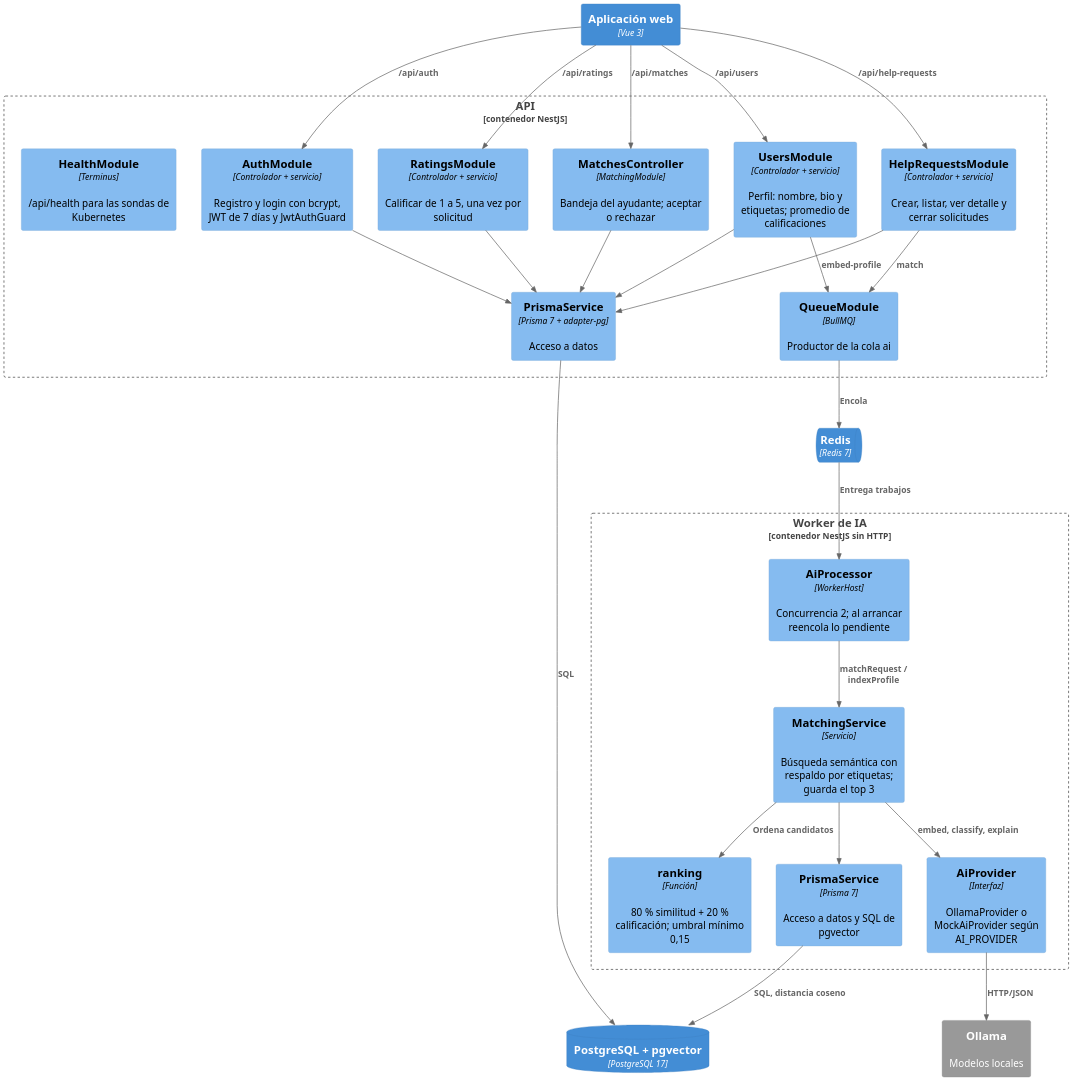
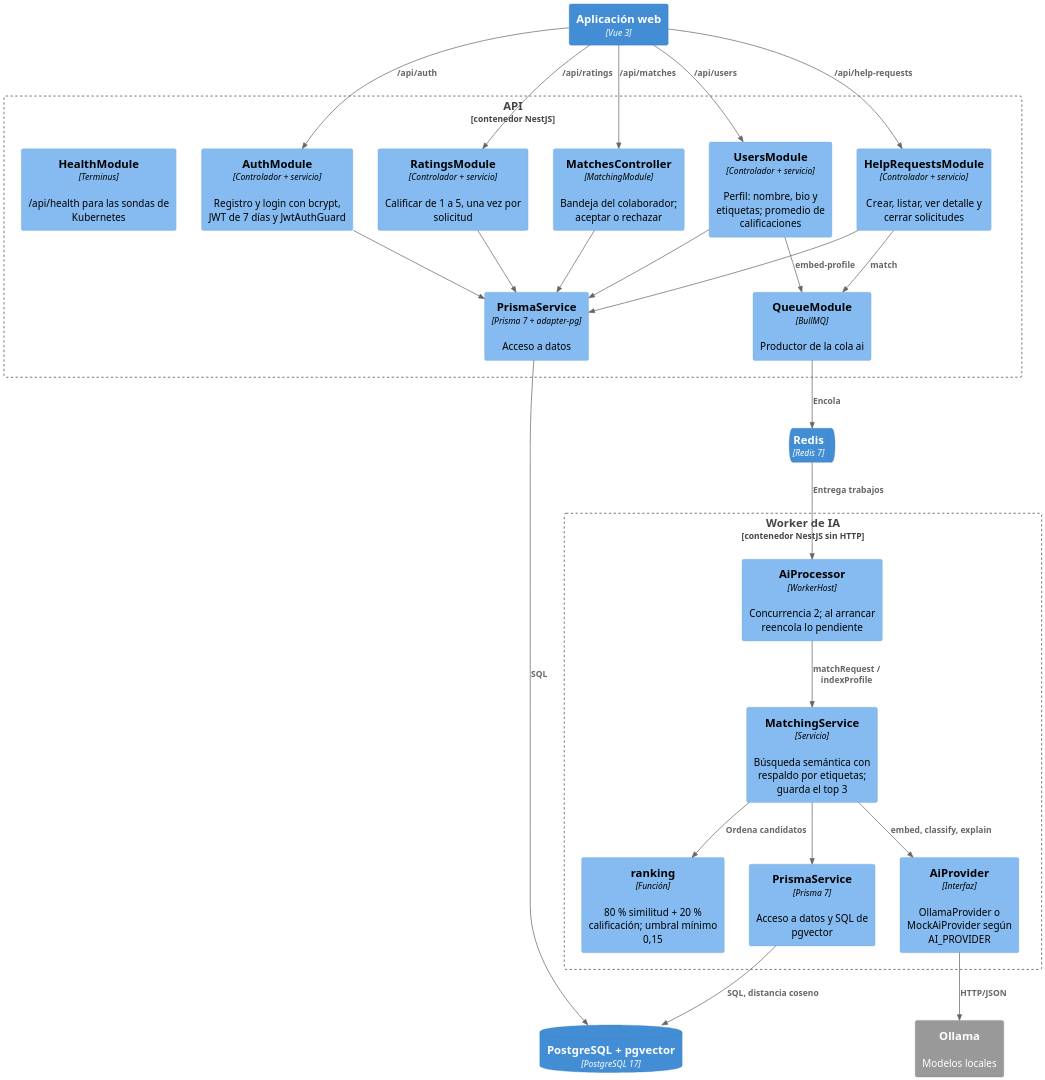
Before and after one commit to juanjosegl/RedNexus-Platform: the diagram in docs/arquitectura/diagramas/03-c4-componentes.puml, drawn with PlantUML. The commit also changed 15 other files, not shown here.

First line of the commit message:
docs(arquitectura): términos solicitante y colaborador en diagramas

```diff
--- a/docs/arquitectura/diagramas/03-c4-componentes.puml
+++ b/docs/arquitectura/diagramas/03-c4-componentes.puml
@@ -1,63 +1,63 @@
 @startuml 03-c4-componentes
 ' C4 nivel 3: módulos de NestJS de la API y del worker (RedNexus-Backend/src/modules)
 !include <C4/C4_Component>
 skinparam dpi 200
 skinparam defaultFontName "Helvetica"
 HIDE_STEREOTYPE()
 skinparam LegendFontColor #222222
 skinparam LegendBackgroundColor #ffffff
 skinparam LegendBorderColor #999999
 
 Container(web, "Aplicación web", "Vue 3")
 
 Boundary(apic, "API", "contenedor NestJS") {
   Component(auth, "AuthModule", "Controlador + servicio", "Registro y login con bcrypt, JWT de 7 días y JwtAuthGuard")
   Component(users, "UsersModule", "Controlador + servicio", "Perfil: nombre, bio y etiquetas; promedio de calificaciones")
   Component(hr, "HelpRequestsModule", "Controlador + servicio", "Crear, listar, ver detalle y cerrar solicitudes")
-  Component(matches, "MatchesController", "MatchingModule", "Bandeja del ayudante; aceptar o rechazar")
+  Component(matches, "MatchesController", "MatchingModule", "Bandeja del colaborador; aceptar o rechazar")
   Component(ratings, "RatingsModule", "Controlador + servicio", "Calificar de 1 a 5, una vez por solicitud")
   Component(health, "HealthModule", "Terminus", "/api/health para las sondas de Kubernetes")
   Component(producer, "QueueModule", "BullMQ", "Productor de la cola ai")
   Component(prisma1, "PrismaService", "Prisma 7 + adapter-pg", "Acceso a datos")
 }
 
 Boundary(workc, "Worker de IA", "contenedor NestJS sin HTTP") {
   Component(proc, "AiProcessor", "WorkerHost", "Concurrencia 2; al arrancar reencola lo pendiente")
   Component(msvc, "MatchingService", "Servicio", "Búsqueda semántica con respaldo por etiquetas; guarda el top 3")
   Component(rank, "ranking", "Función", "80 % similitud + 20 % calificación; umbral mínimo 0,15")
   Component(prov, "AiProvider", "Interfaz", "OllamaProvider o MockAiProvider según AI_PROVIDER")
   Component(prisma2, "PrismaService", "Prisma 7", "Acceso a datos y SQL de pgvector")
 }
 
 ContainerDb(db, "PostgreSQL + pgvector", "PostgreSQL 17")
 ContainerQueue(redis, "Redis", "Redis 7")
 System_Ext(ollama, "Ollama", "Modelos locales")
 
 Rel(web, auth, "/api/auth")
 Rel(web, users, "/api/users")
 Rel(web, hr, "/api/help-requests")
 Rel(web, matches, "/api/matches")
 Rel(web, ratings, "/api/ratings")
 Rel(users, producer, "embed-profile")
 Rel(hr, producer, "match")
 Rel(auth, prisma1, "")
 Rel(users, prisma1, "")
 Rel(hr, prisma1, "")
 Rel(matches, prisma1, "")
 Rel(ratings, prisma1, "")
 Rel(producer, redis, "Encola")
 Rel(prisma1, db, "SQL")
 Rel(redis, proc, "Entrega trabajos")
 Rel(proc, msvc, "matchRequest / indexProfile")
 Rel(msvc, rank, "Ordena candidatos")
 Rel(msvc, prov, "embed, classify, explain")
 Rel(msvc, prisma2, "")
 Rel(prov, ollama, "HTTP/JSON")
 Rel(prisma2, db, "SQL, distancia coseno")
 
 Lay_R(auth, users)
 Lay_R(users, hr)
 Lay_R(hr, matches)
 Lay_R(matches, ratings)
 Lay_D(apic, workc)
 @enduml
```
